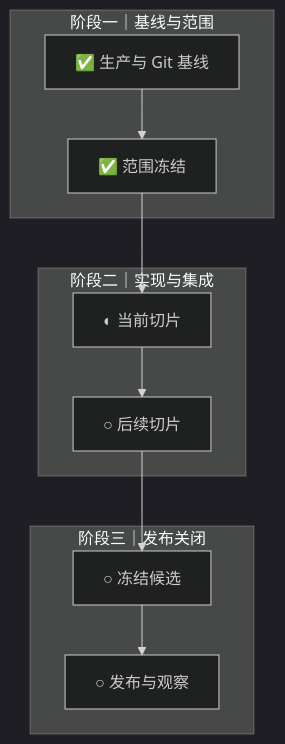
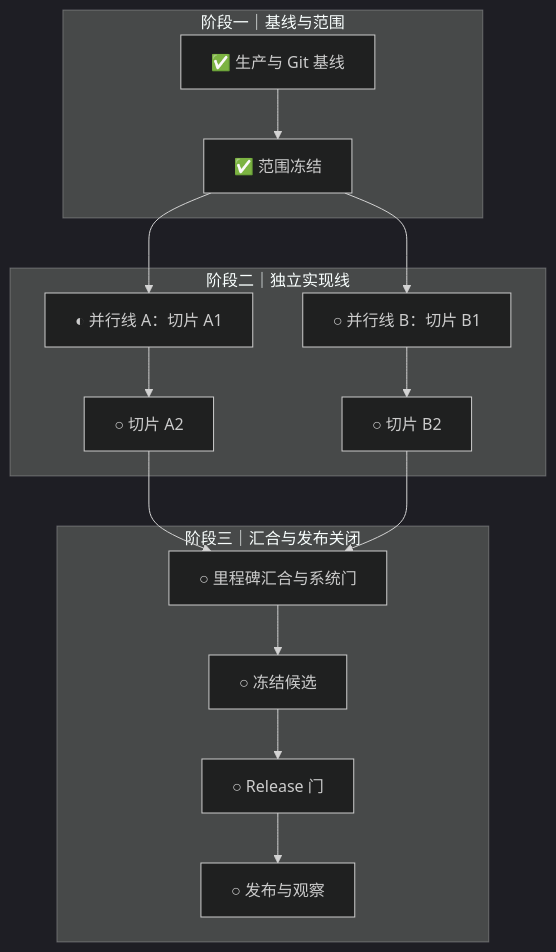
The diagram in SOP/iteration-planning.md (77Liu/for-now), drawn with Mermaid (dark theme) before and after one commit. The commit also changed other lines of this file and 12 other files, not shown here.

````diff
--- a/SOP/iteration-planning.md
+++ b/SOP/iteration-planning.md
@@ -379,14 +525,18 @@
 ```mermaid
 flowchart TD
   subgraph BASE["阶段一｜基线与范围"]
     A["✅ 生产与 Git 基线"] --> B["✅ 范围冻结"]
   end
-  subgraph BUILD["阶段二｜实现与集成"]
-    C["◐ 当前切片"] --> D["○ 后续切片"]
+  subgraph BUILD["阶段二｜独立实现线"]
+    C1["◐ 并行线 A：切片 A1"] --> C2["○ 切片 A2"]
+    D1["○ 并行线 B：切片 B1"] --> D2["○ 切片 B2"]
   end
-  subgraph RELEASE["阶段三｜发布关闭"]
-    E["○ 冻结候选"] --> F["○ 发布与观察"]
+  subgraph VERIFY["阶段三｜汇合与发布关闭"]
+    E["○ 里程碑汇合与系统门"] --> F["○ 冻结候选"]
+    F --> G["○ Release 门"] --> H["○ 发布与观察"]
   end
-  B --> C
-  D --> E
+  B --> C1
+  B --> D1
+  C2 --> E
+  D2 --> E
 ```
````
